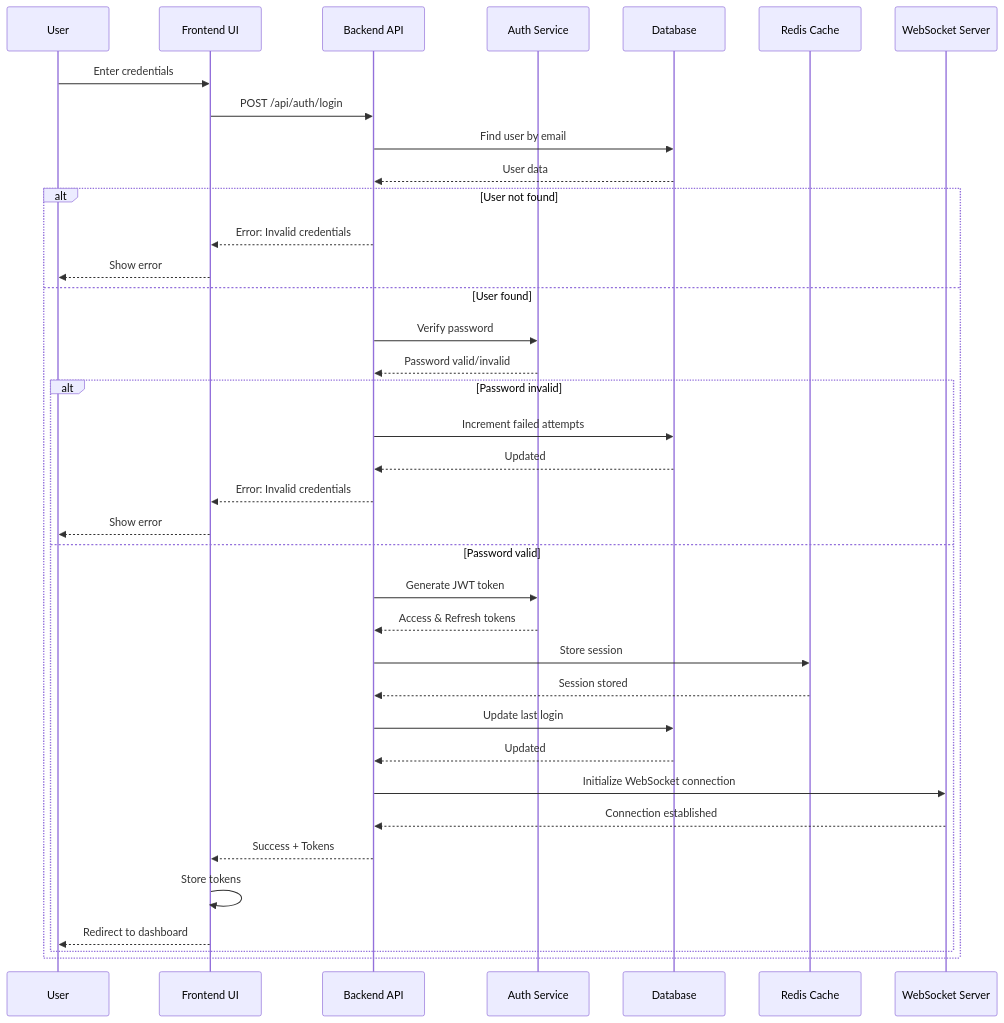
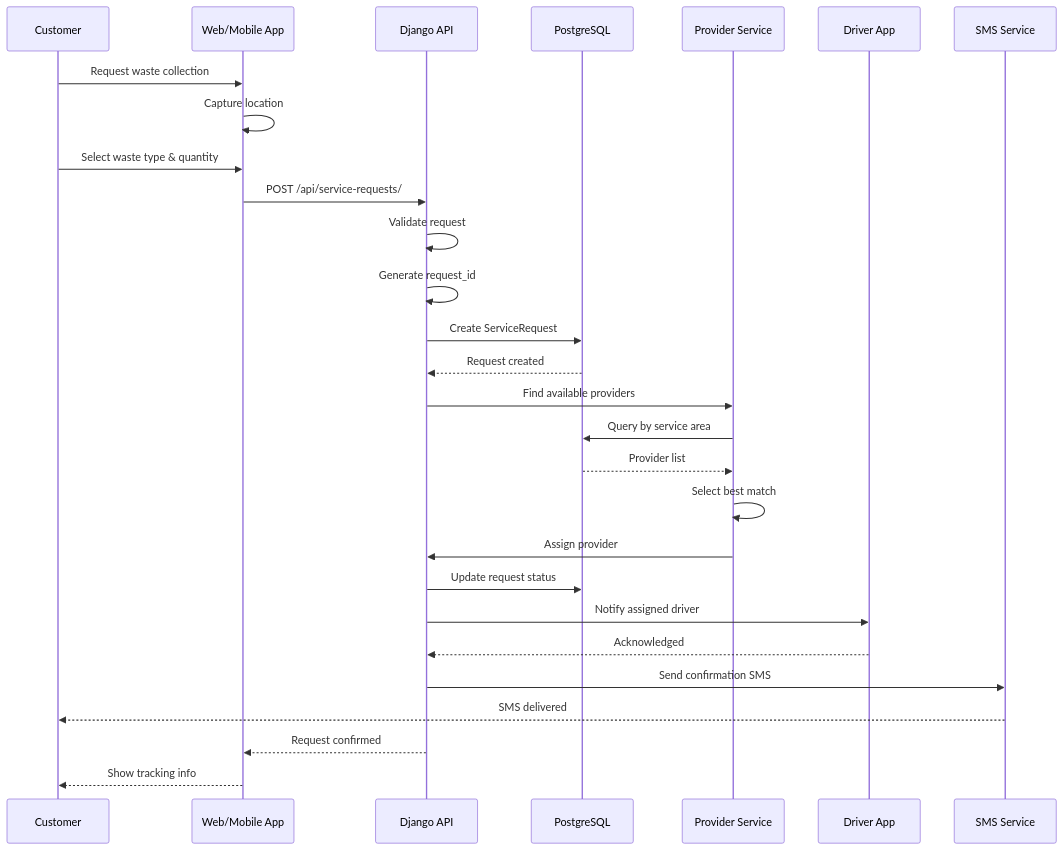
Before and after one commit to Ellis-Ayikwei/waste-wise: the second of 10 diagrams in documentation/diagrams/sequence-diagrams.md, drawn with Mermaid. The commit also changed other lines of this file and 5 other files, not shown here.

Commit message:
Update architecture docs for Wasgo smart waste management system

````diff
--- a/documentation/diagrams/sequence-diagrams.md
+++ b/documentation/diagrams/sequence-diagrams.md
@@ -47,42 +41,37 @@
 ```mermaid
 sequenceDiagram
-    participant U as User
-    participant UI as Frontend UI
-    participant API as Backend API
-    participant Auth as Auth Service
-    participant DB as Database
-    participant Redis as Redis Cache
-    participant WS as WebSocket Server
+    participant Customer as Customer
+    participant Web as Web/Mobile App
+    participant API as Django API
+    participant DB as PostgreSQL
+    participant Provider as Provider Service
+    participant Driver as Driver App
+    participant SMS as SMS Service
 
-    U->>UI: Enter credentials
-    UI->>API: POST /api/auth/login
-    API->>DB: Find user by email
-    DB-->>API: User data
+    Customer->>Web: Request waste collection
+    Web->>Web: Capture location
+    Customer->>Web: Select waste type & quantity
+    Web->>API: POST /api/service-requests/
     
-    alt User not found
-        API-->>UI: Error: Invalid credentials
-        UI-->>U: Show error
-    else User found
-        API->>Auth: Verify password
-        Auth-->>API: Password valid/invalid
-        
-        alt Password invalid
-            API->>DB: Increment failed attempts
-            DB-->>API: Updated
-            API-->>UI: Error: Invalid credentials
-            UI-->>U: Show error
-        else Password valid
-            API->>Auth: Generate JWT token
-            Auth-->>API: Access & Refresh tokens
-            API->>Redis: Store session
-            Redis-->>API: Session stored
-            API->>DB: Update last login
-            DB-->>API: Updated
-            API->>WS: Initialize WebSocket connection
-            WS-->>API: Connection established
-            API-->>UI: Success + Tokens
-            UI->>UI: Store tokens
-            UI-->>U: Redirect to dashboard
-        end
-    end
+    API->>API: Validate request
+    API->>API: Generate request_id
+    API->>DB: Create ServiceRequest
+    DB-->>API: Request created
+    
+    API->>Provider: Find available providers
+    Provider->>DB: Query by service area
+    DB-->>Provider: Provider list
+    
+    Provider->>Provider: Select best match
+    Provider->>API: Assign provider
+    
+    API->>DB: Update request status
+    API->>Driver: Notify assigned driver
+    Driver-->>API: Acknowledged
+    
+    API->>SMS: Send confirmation SMS
+    SMS-->>Customer: SMS delivered
+    
+    API-->>Web: Request confirmed
+    Web-->>Customer: Show tracking info
 ```
````
